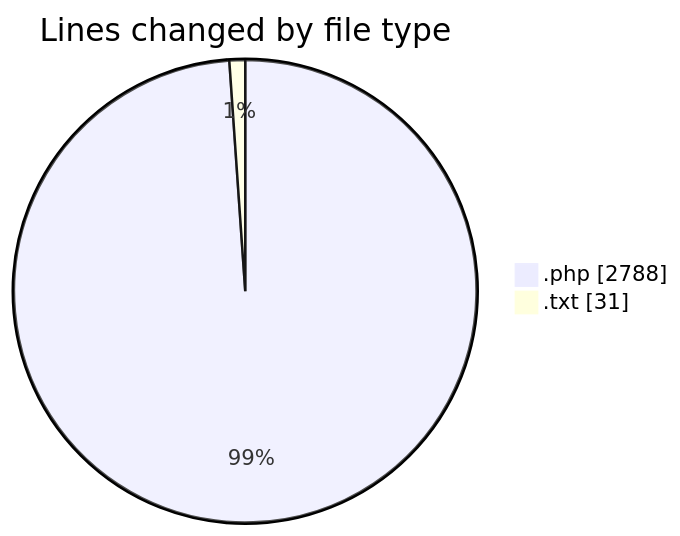
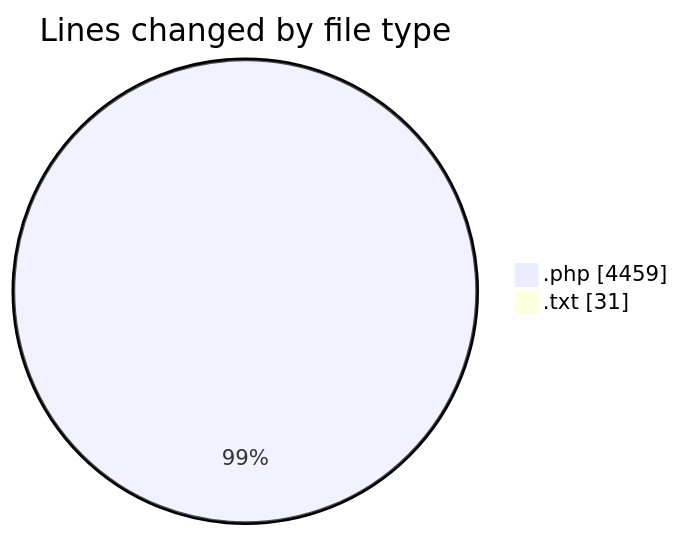
Before and after one commit to debugP/code-tracking: the first of 2 diagrams in 2025-10-17/untitled__workspace_/README.md, drawn with Mermaid. The commit also changed other lines of this file and 1 other file, not shown here.

````diff
--- a/2025-10-17/untitled__workspace_/README.md
+++ b/2025-10-17/untitled__workspace_/README.md
@@ -23,6 +23,6 @@
 ```mermaid
 pie showData
 title Lines changed by file type
-".php" : 2788
+".php" : 4459
 ".txt" : 31
 ```
````
